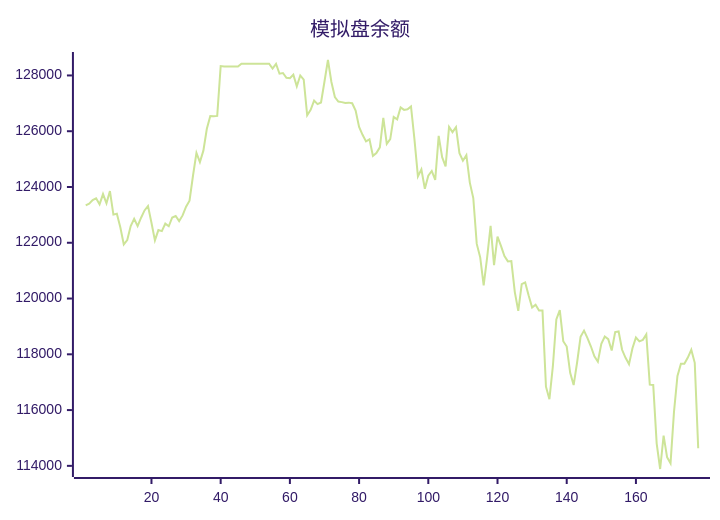
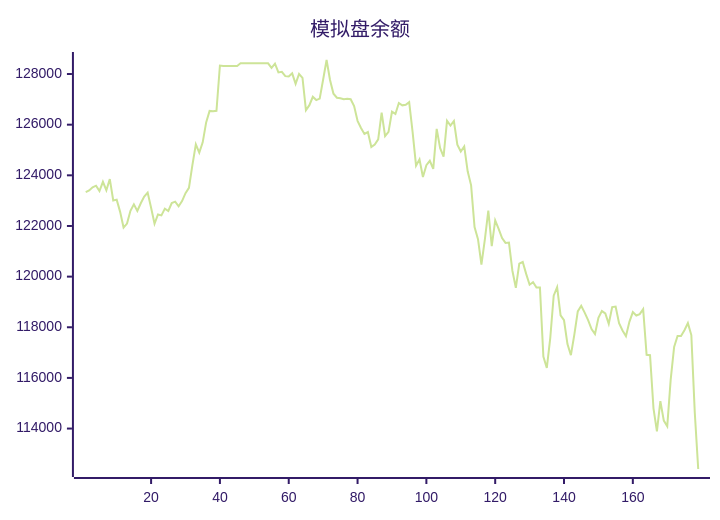
Before and after one commit to aahl/ai-trading: the diagram in README.md, drawn with Mermaid (forest theme). The commit also changed other lines of this file and 1 other file, not shown here.

````diff
--- a/README.md
+++ b/README.md
@@ -5,5 +5,5 @@
 ```mermaid
 xychart
     title "模拟盘余额"
-    line [123338,123402,123530,123592,123378,123745,123413,123853,123009,123040,122557,121938,122095,122599,122856,122597,122898,123160,123319,122719,122087,122454,122416,122685,122592,122907,122961,122776,122981,123295,123507,124403,125224,124894,125303,126088,126544,126534,126549,128335,128318,128318,128318,128318,128318,128424,128424,128424,128424,128424,128424,128424,128424,128424,128247,128412,128062,128087,127917,127901,128026,127611,128000,127850,126572,126770,127100,126971,127029,127783,128554,127765,127224,127064,127044,127009,127025,127004,126738,126152,125871,125635,125707,125117,125217,125420,126480,125545,125715,126511,126424,126856,126764,126788,126890,125710,124381,124632,123936,124402,124574,124256,125833,125070,124739,126154,125966,126145,125213,124943,125143,124157,123604,121959,121476,120476,121470,122610,121201,122221,121889,121522,121332,121344,120232,119559,120513,120577,120108,119680,119777,119572,119568,116839,116392,117573,119250,119585,118469,118277,117338,116897,117706,118628,118849,118579,118280,117926,117735,118373,118639,118544,118136,118798,118819,118162,117874,117649,118215,118601,118463,118517,118713,116911,116899,114798,113887,115084,114313,114091,115934,117221,117658,117658,117883,118164,117693,114632]
+    line [123338,123402,123530,123592,123378,123745,123413,123853,123009,123040,122557,121938,122095,122599,122856,122597,122898,123160,123319,122719,122087,122454,122416,122685,122592,122907,122961,122776,122981,123295,123507,124403,125224,124894,125303,126088,126544,126534,126549,128335,128318,128318,128318,128318,128318,128424,128424,128424,128424,128424,128424,128424,128424,128424,128247,128412,128062,128087,127917,127901,128026,127611,128000,127850,126572,126770,127100,126971,127029,127783,128554,127765,127224,127064,127044,127009,127025,127004,126738,126152,125871,125635,125707,125117,125217,125420,126480,125545,125715,126511,126424,126856,126764,126788,126890,125710,124381,124632,123936,124402,124574,124256,125833,125070,124739,126154,125966,126145,125213,124943,125143,124157,123604,121959,121476,120476,121470,122610,121201,122221,121889,121522,121332,121344,120232,119559,120513,120577,120108,119680,119777,119572,119568,116839,116392,117573,119250,119585,118469,118277,117338,116897,117706,118628,118849,118579,118280,117926,117735,118373,118639,118544,118136,118798,118819,118162,117874,117649,118215,118601,118463,118517,118713,116911,116899,114798,113887,115084,114313,114091,115934,117221,117658,117658,117883,118164,117693,114632,112403]
 ```
````
